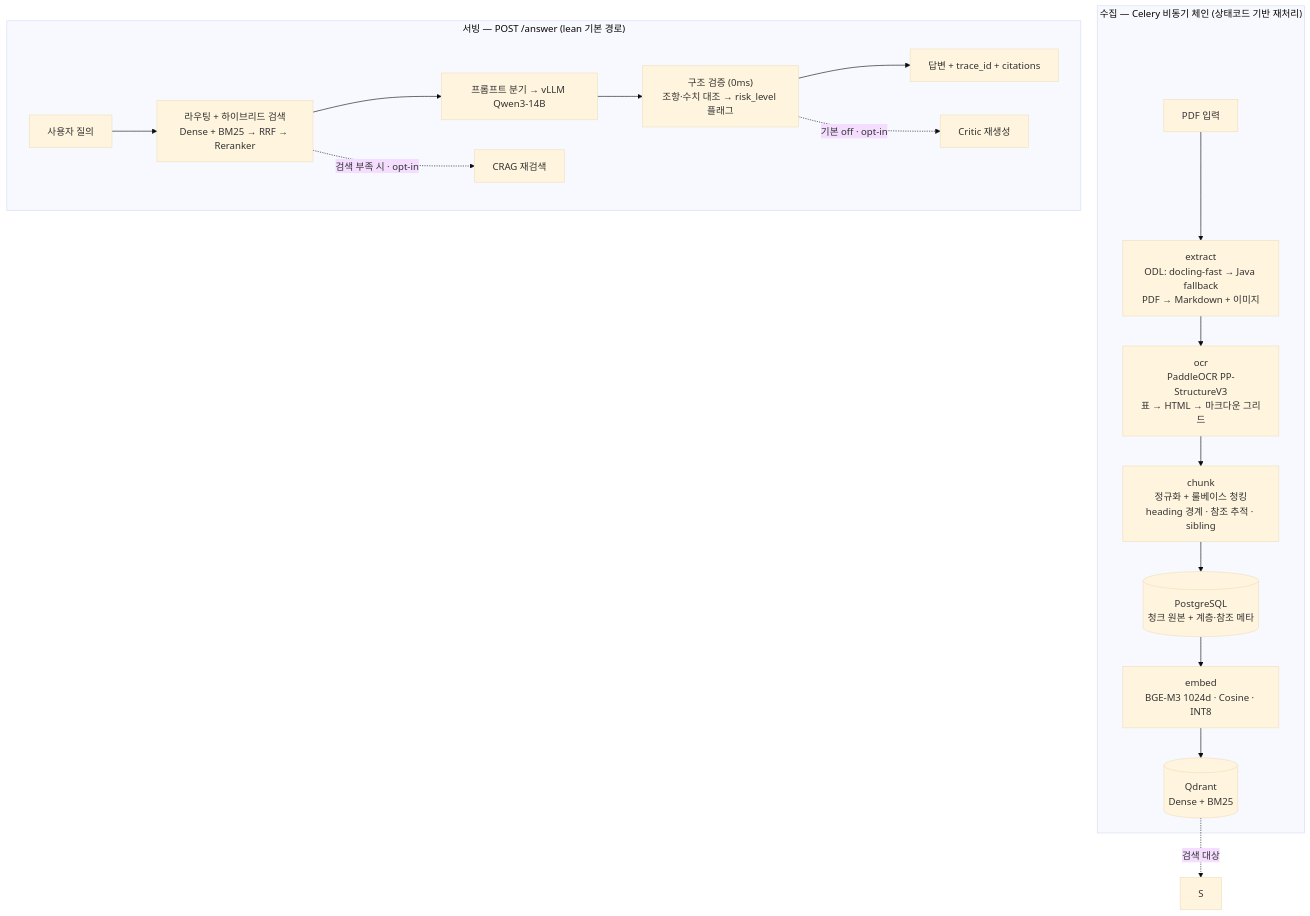
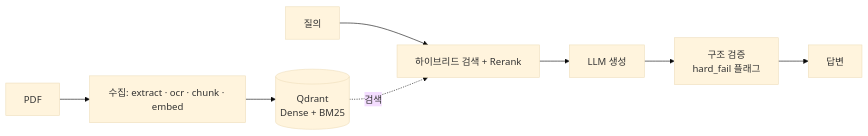
The diagram in README.md (deokjinlog/docs-rag), drawn with Mermaid (base theme) before and after one commit. The commit also changed other lines of this file and 1 other file, not shown here.

Commit message:
docs: README·회고 단순화 — "단순하지만 견고한" 방향
- README 다이어그램을 robust한 1줄 LR로 교체 (기존 TD 2-subgraph가 세로로 깨져
  렌더됨) + 아키텍처/파이프라인 링크로 상세 위임
- 핵심 특징 7→5 재구성: 인제스천·검색·검증·평가 루프에 집중, 라우팅·CRAG·Critic·
  12섹션 trace·4층 가드레일은 "측정으로 걸러낸 opt-in"으로 통합
- 설계 회고: Adaptive 라우팅·12섹션 trace·4층 가드레일 실측 재판정(⚠️ 현 단계 과함)
  + 메타 결론 "production 기계를 트래픽 0에 미리 박았다" → 단순+견고 최소 세트 명시

````diff
--- a/README.md
+++ b/README.md
@@ -29,20 +29,6 @@
 ```mermaid
-flowchart TD
-    subgraph 수집["수집 — Celery 비동기 체인 (상태코드 기반 재처리)"]
-        A[PDF 입력] --> B["extract<br/>ODL: docling-fast → Java fallback<br/>PDF → Markdown + 이미지"]
-        B --> C["ocr<br/>PaddleOCR PP-StructureV3<br/>표 → HTML → 마크다운 그리드"]
-        C --> D["chunk<br/>정규화 + 룰베이스 청킹<br/>heading 경계 · 참조 추적 · sibling"]
-        D --> E[("PostgreSQL<br/>청크 원본 + 계층·참조 메타")]
-        E --> F["embed<br/>BGE-M3 1024d · Cosine · INT8"]
-        F --> G[("Qdrant<br/>Dense + BM25")]
-    end
-    subgraph 서빙["서빙 — POST /answer (lean 기본 경로)"]
-        Q[사용자 질의] --> R["라우팅 + 하이브리드 검색<br/>Dense + BM25 → RRF → Reranker"]
-        R --> U["프롬프트 분기 → vLLM Qwen3-14B"]
-        U --> V["구조 검증 (0ms)<br/>조항·수치 대조 → risk_level 플래그"]
-        V --> X[답변 + trace_id + citations]
-        R -.검색 부족 시 · opt-in.-> CRAG["CRAG 재검색"]
-        V -.기본 off · opt-in.-> CR["Critic 재생성"]
-    end
-    G -.검색 대상.-> S
+flowchart LR
+    PDF[PDF] --> ING["수집: extract · ocr · chunk · embed"] --> QD[("Qdrant<br/>Dense + BM25")]
+    Q[질의] --> RET["하이브리드 검색 + Rerank"] --> GEN["LLM 생성"] --> VER["구조 검증<br/>hard_fail 플래그"] --> ANS[답변]
+    QD -.검색.-> RET
 ```
````
